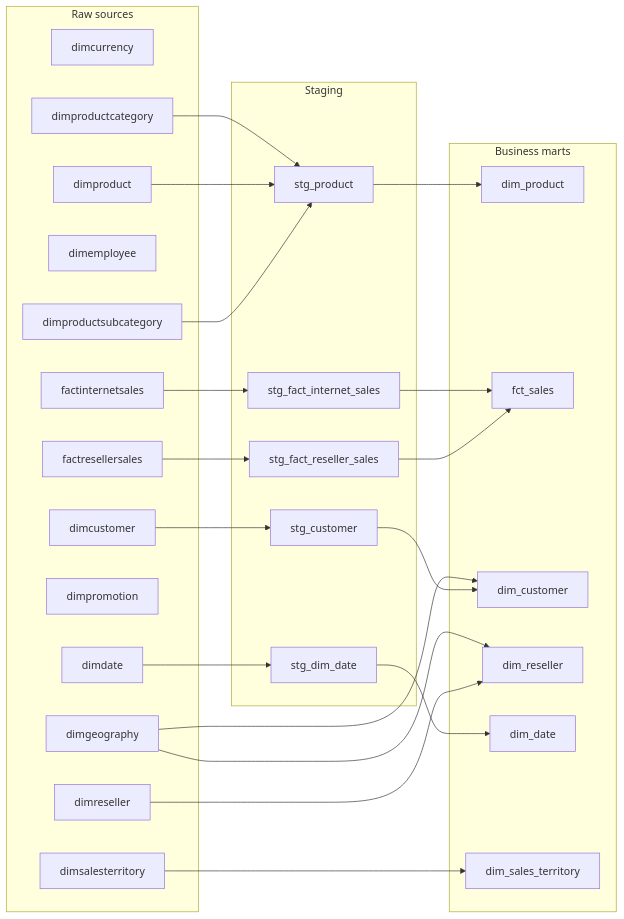
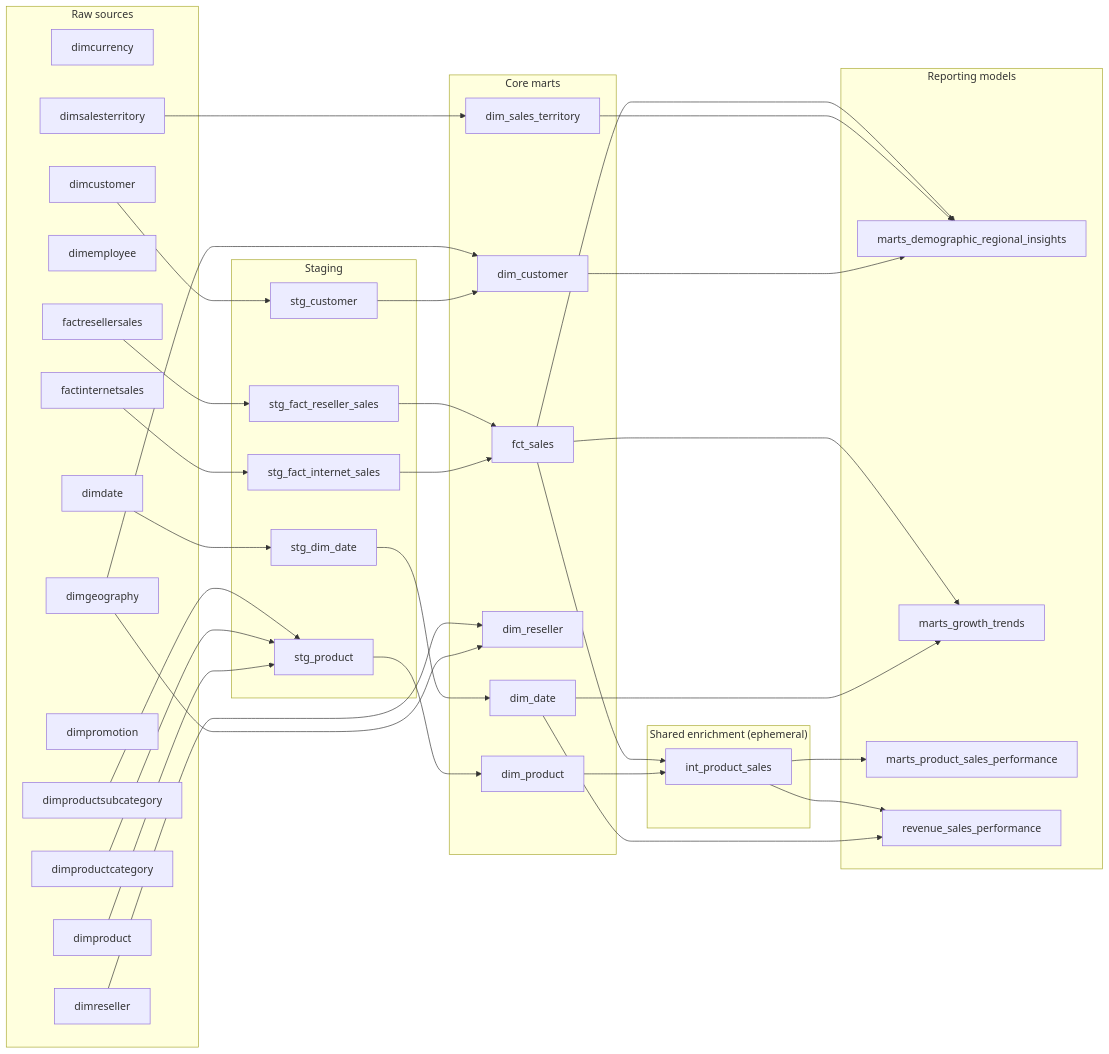
The diagram in adventureworks_analytics/docs/LINEAGE.md (Datanerdbytes/adventureworks-data-platform), drawn with Mermaid before and after one commit. The commit also changed other lines of this file and 31 other files, not shown here.

````diff
--- a/adventureworks_analytics/docs/LINEAGE.md
+++ b/adventureworks_analytics/docs/LINEAGE.md
@@ -5,49 +7,68 @@
 ```mermaid
 flowchart LR
-  subgraph Raw_sources["Raw sources"]
-    n0["dimcurrency"]
-    n1["dimcustomer"]
-    n2["dimdate"]
-    n3["dimemployee"]
-    n4["dimgeography"]
-    n5["dimproduct"]
-    n6["dimproductcategory"]
-    n7["dimproductsubcategory"]
-    n8["dimpromotion"]
-    n9["dimreseller"]
-    n10["dimsalesterritory"]
-    n11["factinternetsales"]
-    n12["factresellersales"]
+  subgraph g0["Raw sources"]
+    n16["dimcurrency"]
+    n17["dimcustomer"]
+    n18["dimdate"]
+    n19["dimemployee"]
+    n20["dimgeography"]
+    n21["dimproduct"]
+    n22["dimproductcategory"]
+    n23["dimproductsubcategory"]
+    n24["dimpromotion"]
+    n25["dimreseller"]
+    n26["dimsalesterritory"]
+    n27["factinternetsales"]
+    n28["factresellersales"]
   end
-  subgraph Staging["Staging"]
-    n13["stg_customer"]
-    n14["stg_product"]
-    n15["stg_fact_reseller_sales"]
-    n16["stg_dim_date"]
-    n17["stg_fact_internet_sales"]
+  subgraph g1["Staging"]
+    n11["stg_customer"]
+    n12["stg_dim_date"]
+    n13["stg_fact_internet_sales"]
+    n14["stg_fact_reseller_sales"]
+    n15["stg_product"]
   end
-  subgraph Business_marts["Business marts"]
-    n18["dim_product"]
-    n19["fct_sales"]
-    n20["dim_customer"]
-    n21["dim_reseller"]
-    n22["dim_date"]
-    n23["dim_sales_territory"]
+  subgraph g2["Core marts"]
+    n0["dim_customer"]
+    n1["dim_date"]
+    n2["dim_product"]
+    n3["dim_reseller"]
+    n4["dim_sales_territory"]
+    n5["fct_sales"]
   end
-  n1 --> n13
-  n6 --> n14
-  n5 --> n14
-  n7 --> n14
-  n12 --> n15
-  n2 --> n16
-  n11 --> n17
-  n14 --> n18
-  n17 --> n19
-  n15 --> n19
-  n4 --> n20
-  n13 --> n20
-  n4 --> n21
-  n9 --> n21
-  n16 --> n22
-  n10 --> n23
+  subgraph g3["Shared enrichment (ephemeral)"]
+    n6["int_product_sales"]
+  end
+  subgraph g4["Reporting models"]
+    n7["marts_demographic_regional_insights"]
+    n8["marts_growth_trends"]
+    n9["marts_product_sales_performance"]
+    n10["revenue_sales_performance"]
+  end
+  n11 --> n0
+  n20 --> n0
+  n12 --> n1
+  n15 --> n2
+  n20 --> n3
+  n25 --> n3
+  n26 --> n4
+  n13 --> n5
+  n14 --> n5
+  n2 --> n6
+  n5 --> n6
+  n0 --> n7
+  n4 --> n7
+  n5 --> n7
+  n1 --> n8
+  n5 --> n8
+  n6 --> n9
+  n1 --> n10
+  n6 --> n10
+  n17 --> n11
+  n18 --> n12
+  n27 --> n13
+  n28 --> n14
+  n21 --> n15
+  n22 --> n15
+  n23 --> n15
 ```
````
